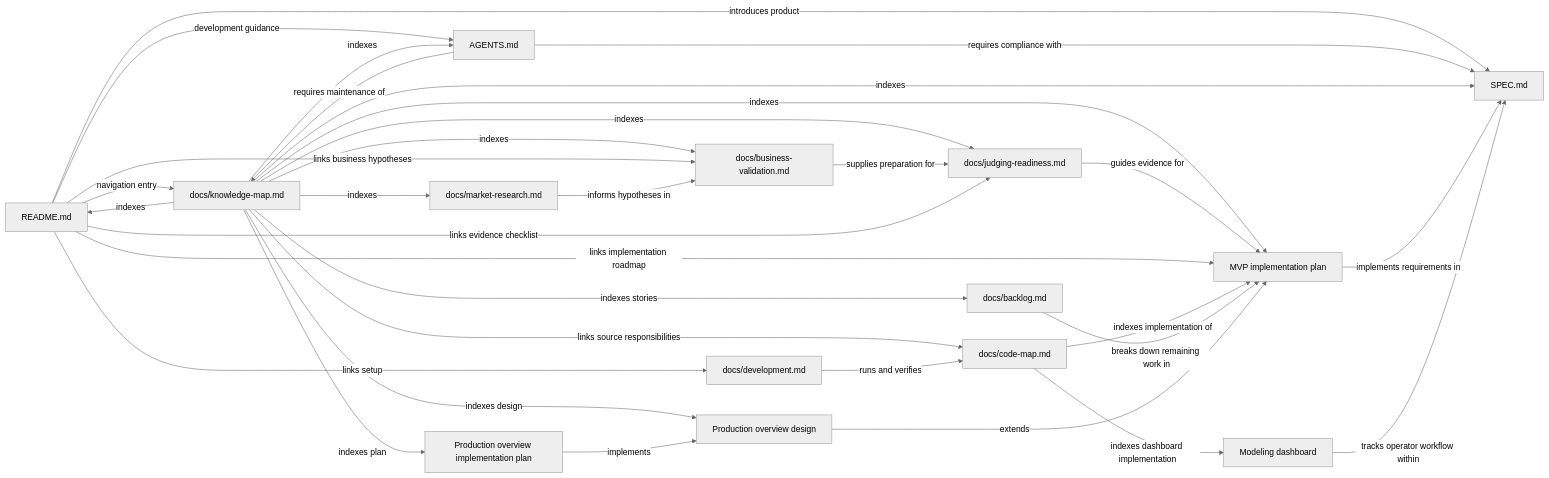
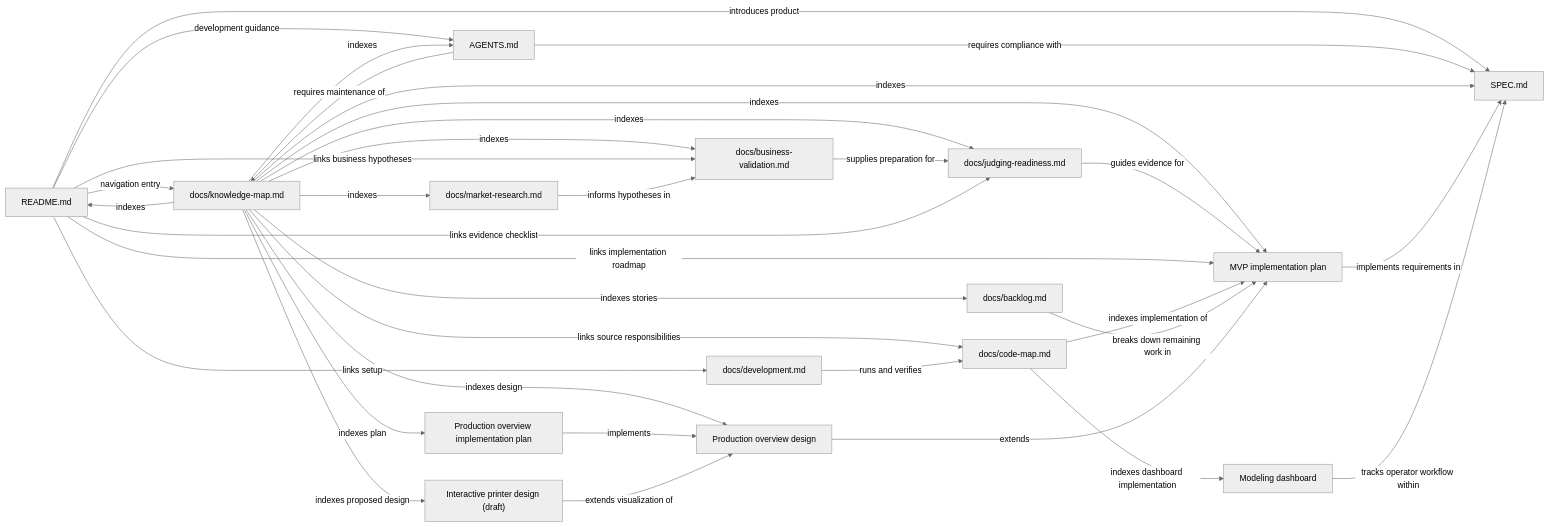
Before and after one commit to DuztyMusketear/Print_Assist: the diagram in docs/knowledge-map.md, drawn with Mermaid (neutral theme). The commit also changed other lines of this file and 1 other file, not shown here.

Commit message:
Design interactive printer and bed views

````diff
--- a/docs/knowledge-map.md
+++ b/docs/knowledge-map.md
@@ -11,34 +11,36 @@
 ```mermaid
 graph LR
     README["README.md"] -->|introduces product| SPEC["SPEC.md"]
     README -->|navigation entry| MAP["docs/knowledge-map.md"]
     README -->|development guidance| RULES["AGENTS.md"]
     RULES -->|requires compliance with| SPEC
     RULES -->|requires maintenance of| MAP
     MAP -->|indexes| README
     MAP -->|indexes| SPEC
     MAP -->|indexes| RULES
     PLAN["MVP implementation plan"] -->|implements requirements in| SPEC
     MAP -->|indexes| PLAN
     JUDGING["docs/judging-readiness.md"] -->|guides evidence for| PLAN
     MAP -->|indexes| JUDGING
     BUSINESS["docs/business-validation.md"] -->|supplies preparation for| JUDGING
     MAP -->|indexes| BUSINESS
     README -->|links implementation roadmap| PLAN
     README -->|links evidence checklist| JUDGING
     README -->|links business hypotheses| BUSINESS
     RESEARCH["docs/market-research.md"] -->|informs hypotheses in| BUSINESS
     MAP -->|indexes| RESEARCH
     CODE["docs/code-map.md"] -->|indexes implementation of| PLAN
     DASH["Modeling dashboard"] -->|tracks operator workflow within| SPEC
     CODE -->|indexes dashboard implementation| DASH
     MAP -->|links source responsibilities| CODE
     DEV["docs/development.md"] -->|runs and verifies| CODE
     README -->|links setup| DEV
     BACKLOG["docs/backlog.md"] -->|breaks down remaining work in| PLAN
     MAP -->|indexes stories| BACKLOG
     DESIGN["Production overview design"] -->|extends| PLAN
     MAP -->|indexes design| DESIGN
     OVERVIEWPLAN["Production overview implementation plan"] -->|implements| DESIGN
     MAP -->|indexes plan| OVERVIEWPLAN
+    PRINTER3D["Interactive printer design (draft)"] -->|extends visualization of| DESIGN
+    MAP -->|indexes proposed design| PRINTER3D
 ```
````
